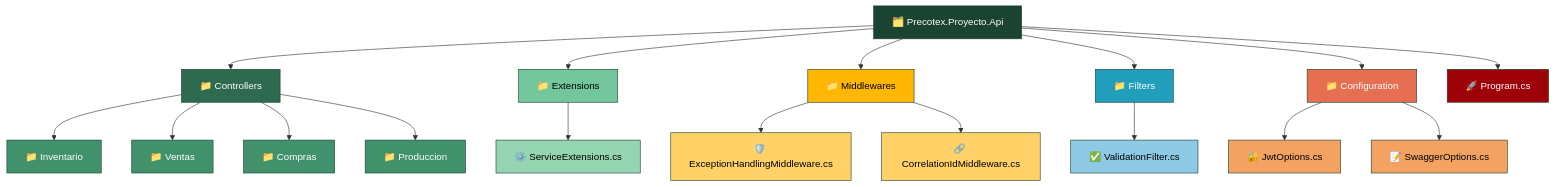
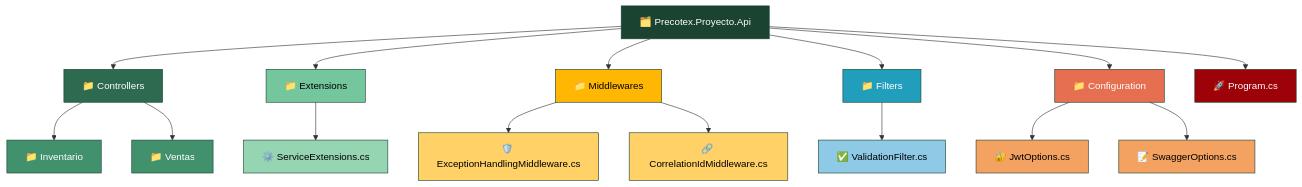
The diagram in Precotex.Proyecto/src/Precotex.Proyecto.Api/README.md (jhoncalleflores1035/precotex-backend-arquitectura), drawn with Mermaid before and after one commit. The commit also changed 1 other file, not shown here.

````diff
--- a/Precotex.Proyecto/src/Precotex.Proyecto.Api/README.md
+++ b/Precotex.Proyecto/src/Precotex.Proyecto.Api/README.md
@@ -7,38 +7,34 @@
 ```mermaid
 flowchart TD
     ROOT[🗂️ Precotex.Proyecto.Api]
     ROOT --> CTRL[📁 Controllers]
     CTRL --> INV[📁 Inventario]
     CTRL --> VEN[📁 Ventas]
-    CTRL --> COM[📁 Compras]
-    CTRL --> PRO[📁 Produccion]
     ROOT --> EXT[📁 Extensions]
     EXT --> EXTF[⚙️ ServiceExtensions.cs]
     ROOT --> MID[📁 Middlewares]
     MID --> MIDF1[🛡️ ExceptionHandlingMiddleware.cs]
     MID --> MIDF2[🔗 CorrelationIdMiddleware.cs]
     ROOT --> FIL[📁 Filters]
     FIL --> FILF[✅ ValidationFilter.cs]
     ROOT --> CFG[📁 Configuration]
     CFG --> CFGF1[🔐 JwtOptions.cs]
     CFG --> CFGF2[📝 SwaggerOptions.cs]
     ROOT --> PRG[🚀 Program.cs]
 
     style ROOT fill:#1b4332,stroke:#1b4332,color:#fff
     style CTRL fill:#2d6a4f,stroke:#1b4332,color:#fff
     style INV fill:#40916c,stroke:#1b4332,color:#fff
     style VEN fill:#40916c,stroke:#1b4332,color:#fff
-    style COM fill:#40916c,stroke:#1b4332,color:#fff
-    style PRO fill:#40916c,stroke:#1b4332,color:#fff
     style EXT fill:#74c69d,stroke:#1b4332,color:#000
     style EXTF fill:#95d5b2,stroke:#1b4332,color:#000
     style MID fill:#ffb703,stroke:#1b4332,color:#000
     style MIDF1 fill:#ffd166,stroke:#1b4332,color:#000
     style MIDF2 fill:#ffd166,stroke:#1b4332,color:#000
     style FIL fill:#219ebc,stroke:#1b4332,color:#fff
     style FILF fill:#8ecae6,stroke:#1b4332,color:#000
     style CFG fill:#e76f51,stroke:#1b4332,color:#fff
     style CFGF1 fill:#f4a261,stroke:#1b4332,color:#000
     style CFGF2 fill:#f4a261,stroke:#1b4332,color:#000
     style PRG fill:#9d0208,stroke:#1b4332,color:#fff
 ```
````
